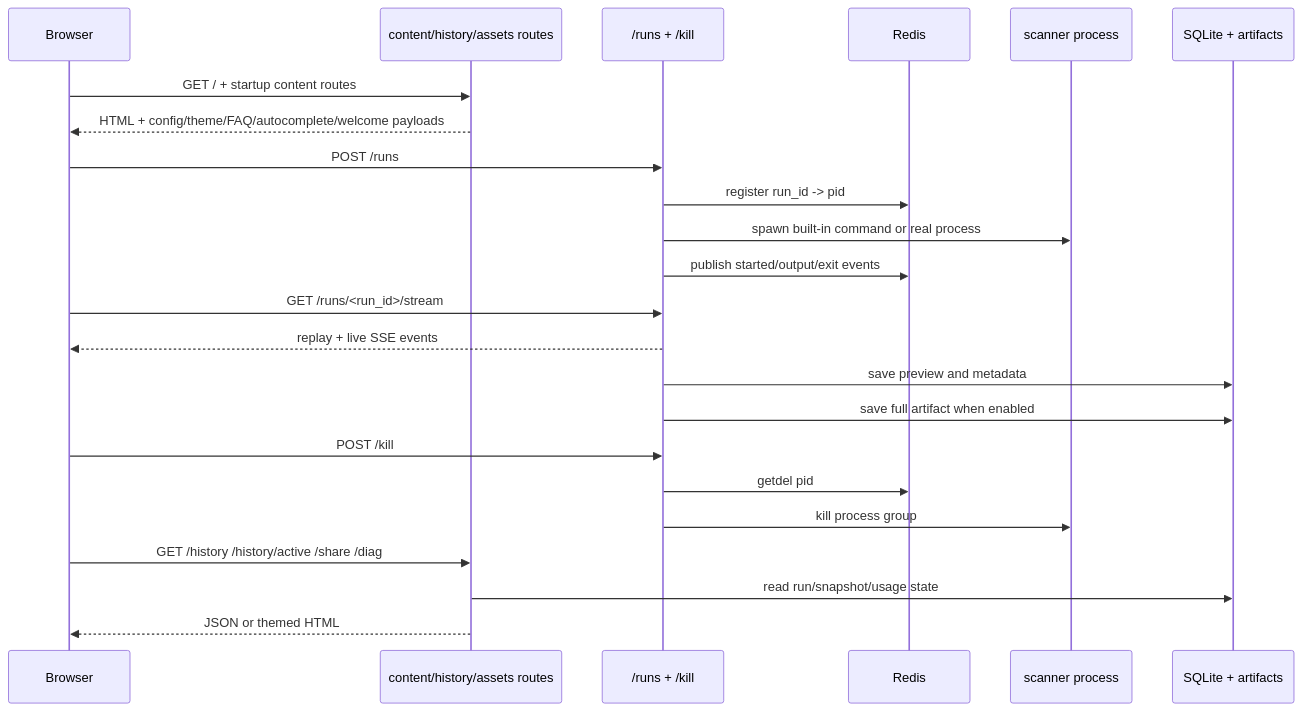
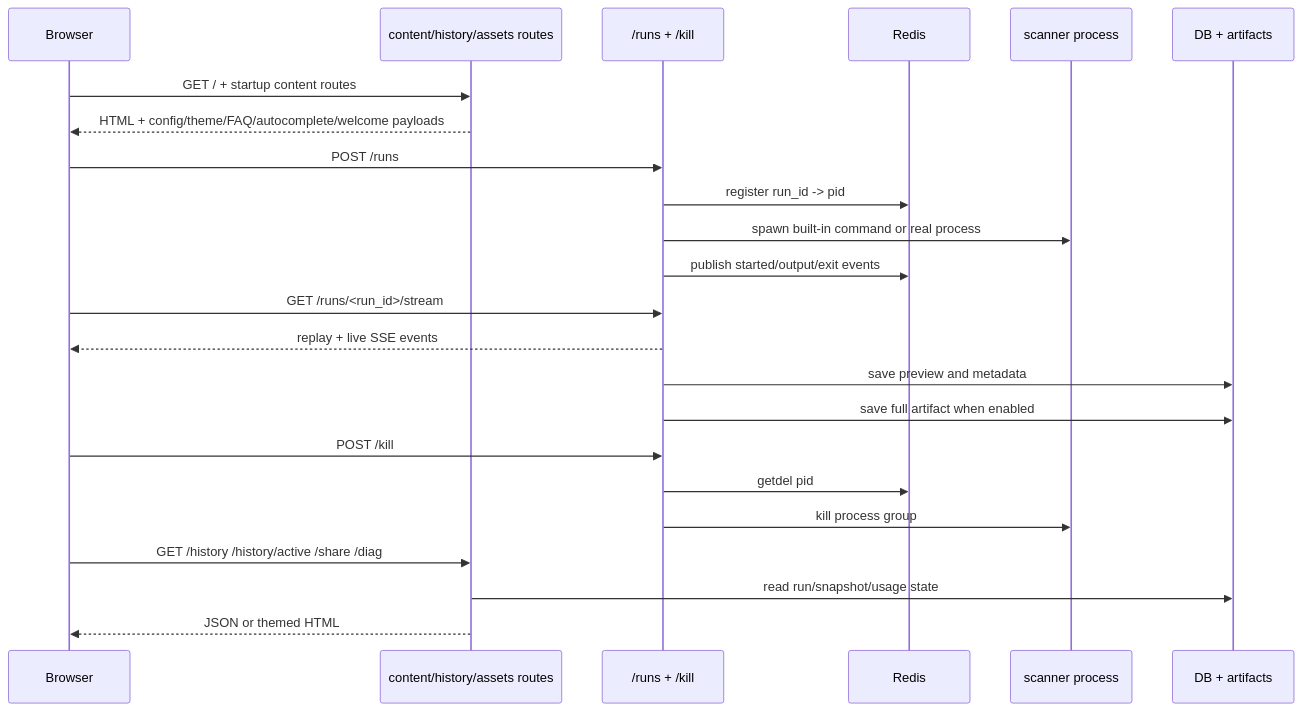
One commit to darklab-sh/darklab-shell changed the third of 10 diagrams in ARCHITECTURE.md. Above: the diagram before and after it, drawn with Mermaid. The commit also changed other lines of this file and 38 other files, not shown here.

````diff
--- a/ARCHITECTURE.md
+++ b/ARCHITECTURE.md
@@ -137,29 +137,29 @@
 ```mermaid
 sequenceDiagram
   participant B as Browser
   participant C as content/history/assets routes
   participant R as /runs + /kill
   participant X as Redis
   participant P as scanner process
-  participant D as SQLite + artifacts
+  participant D as DB + artifacts
 
   B->>C: GET / + startup content routes
   C-->>B: HTML + config/theme/FAQ/autocomplete/welcome payloads
 
   B->>R: POST /runs
   R->>X: register run_id -> pid
   R->>P: spawn built-in command or real process
   R->>X: publish started/output/exit events
   B->>R: GET /runs/<run_id>/stream
   R-->>B: replay + live SSE events
   R->>D: save preview and metadata
   R->>D: save full artifact when enabled
 
   B->>R: POST /kill
   R->>X: getdel pid
   R->>P: kill process group
 
   B->>C: GET /history /history/active /share /diag
   C->>D: read run/snapshot/usage state
   C-->>B: JSON or themed HTML
 ```
````
